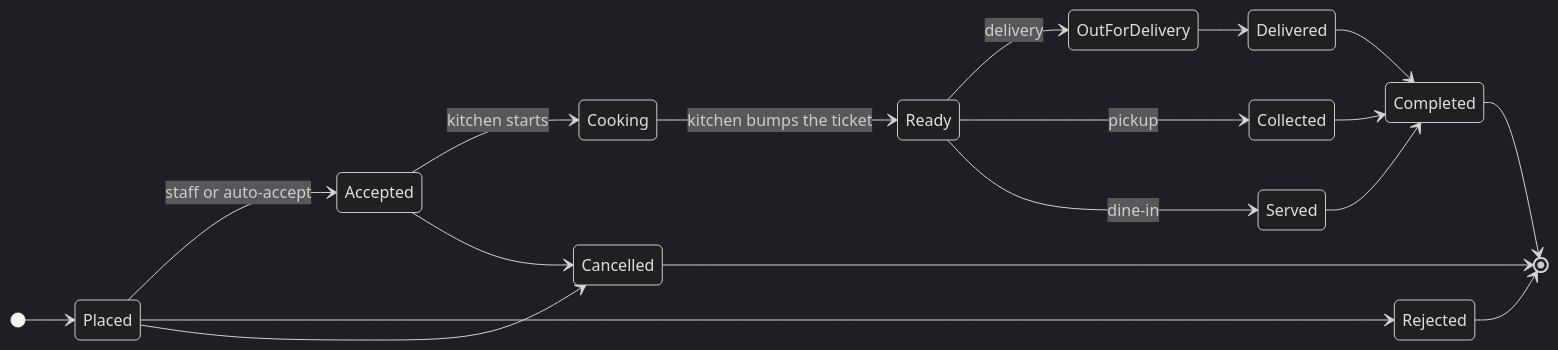
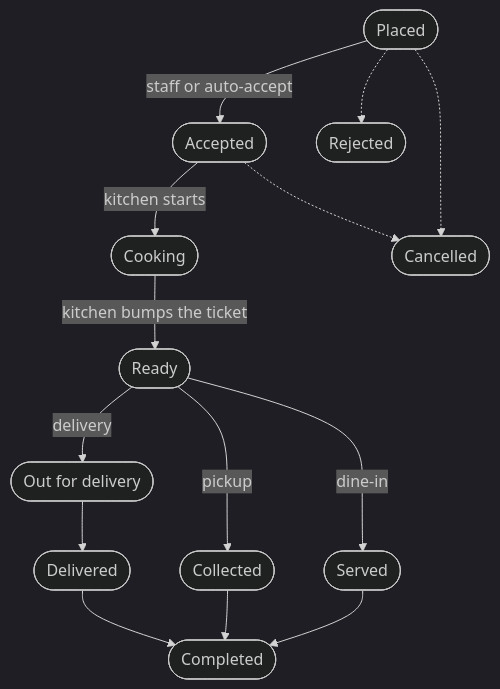
Before and after one commit to Md-Foisal/tandoor-house: the second of 2 diagrams in README.md, drawn with Mermaid (dark theme).

Commit message:
docs: draw the order life as a vertical flow

````diff
--- a/README.md
+++ b/README.md
@@ -184,21 +184,16 @@
 ```mermaid
-stateDiagram-v2
-    direction LR
-    [*] --> Placed
-    Placed --> Accepted: staff or auto-accept
-    Placed --> Rejected
-    Placed --> Cancelled
-    Accepted --> Cooking: kitchen starts
-    Accepted --> Cancelled
-    Cooking --> Ready: kitchen bumps the ticket
-    Ready --> OutForDelivery: delivery
-    Ready --> Collected: pickup
-    Ready --> Served: dine-in
-    OutForDelivery --> Delivered
-    Delivered --> Completed
+flowchart TB
+    Placed(["Placed"]) -->|"staff or auto-accept"| Accepted(["Accepted"])
+    Accepted -->|"kitchen starts"| Cooking(["Cooking"])
+    Cooking -->|"kitchen bumps the ticket"| Ready(["Ready"])
+    Ready -->|delivery| Out(["Out for delivery"])
+    Ready -->|pickup| Collected(["Collected"])
+    Ready -->|dine-in| Served(["Served"])
+    Out --> Delivered(["Delivered"])
+    Delivered --> Completed(["Completed"])
     Collected --> Completed
     Served --> Completed
-    Completed --> [*]
-    Rejected --> [*]
-    Cancelled --> [*]
+    Placed -.-> Rejected(["Rejected"])
+    Placed -.-> Cancelled(["Cancelled"])
+    Accepted -.-> Cancelled
 ```
````
